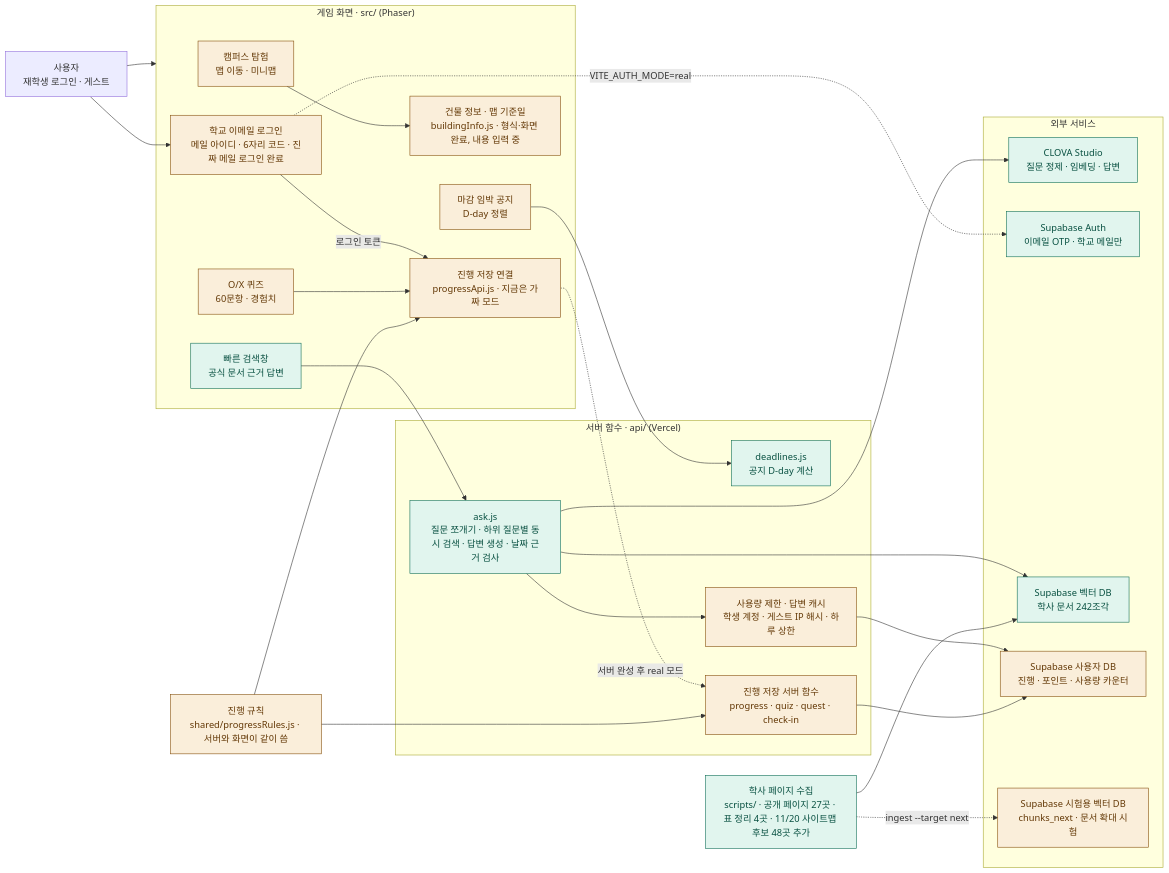
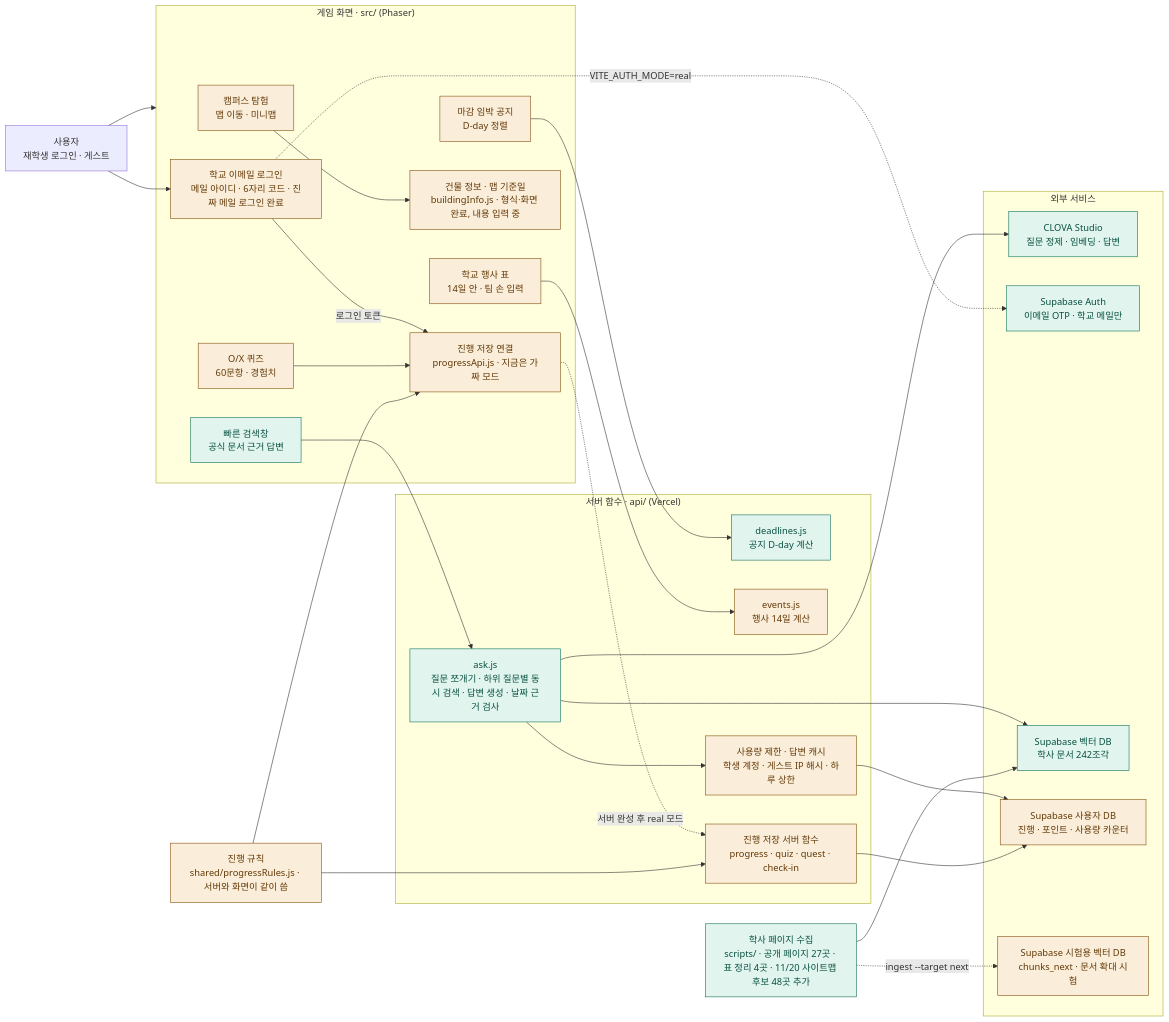
One commit to 202502859-source/hufs-quest changed the diagram in docs/ARCHITECTURE.md. Above: the diagram before and after it, drawn with Mermaid. The commit also changed other lines of this file and 22 other files, not shown here.

````diff
--- a/docs/ARCHITECTURE.md
+++ b/docs/ARCHITECTURE.md
@@ -8,59 +8,62 @@
 ```mermaid
 flowchart LR
     user["사용자<br/>재학생 로그인 · 게스트"]
 
     subgraph game["게임 화면 · src/ (Phaser)"]
         explore["캠퍼스 탐험<br/>맵 이동 · 미니맵"]
         search["빠른 검색창<br/>공식 문서 근거 답변"]
         quiz["O/X 퀴즈<br/>60문항 · 경험치"]
         notice["마감 임박 공지<br/>D-day 정렬"]
+        events["학교 행사 표<br/>14일 안 · 팀 손 입력"]
         mapInfo["건물 정보 · 맵 기준일<br/>buildingInfo.js · 형식·화면 완료, 내용 입력 중"]
         progress["진행 저장 연결<br/>progressApi.js · 지금은 가짜 모드"]
         login["학교 이메일 로그인<br/>메일 아이디 · 6자리 코드 · 진짜 메일 로그인 완료"]
     end
 
     rules["진행 규칙<br/>shared/progressRules.js · 서버와 화면이 같이 씀"]
 
     subgraph server["서버 함수 · api/ (Vercel)"]
         ask["ask.js<br/>질문 쪼개기 · 하위 질문별 동시 검색 · 답변 생성 · 날짜 근거 검사"]
         deadlines["deadlines.js<br/>공지 D-day 계산"]
+        eventsApi["events.js<br/>행사 14일 계산"]
         newApi["진행 저장 서버 함수<br/>progress · quiz · quest · check-in"]
         limiter["사용량 제한 · 답변 캐시<br/>학생 계정 · 게스트 IP 해시 · 하루 상한"]
     end
 
     subgraph external["외부 서비스"]
         clova["CLOVA Studio<br/>질문 정제 · 임베딩 · 답변"]
         supaAuth["Supabase Auth<br/>이메일 OTP · 학교 메일만"]
         vector["Supabase 벡터 DB<br/>학사 문서 242조각"]
         userDb["Supabase 사용자 DB<br/>진행 · 포인트 · 사용량 카운터"]
         vectorNext["Supabase 시험용 벡터 DB<br/>chunks_next · 문서 확대 시험"]
     end
 
     collect["학사 페이지 수집<br/>scripts/ · 공개 페이지 27곳 · 표 정리 4곳 · 11/20 사이트맵 후보 48곳 추가"]
 
     user --> game
     user --> login
     login -.->|"VITE_AUTH_MODE=real"| supaAuth
     login -->|"로그인 토큰"| progress
     search --> ask
     notice --> deadlines
+    events --> eventsApi
     quiz --> progress
     progress -.->|"서버 완성 후 real 모드"| newApi
     rules --> progress
     rules --> newApi
     explore --> mapInfo
     ask --> limiter
     limiter --> userDb
     ask --> clova
     ask --> vector
     newApi --> userDb
     collect --> vector
     collect -.->|"ingest --target next"| vectorNext
 
     classDef done fill:#E1F5EE,stroke:#0F6E56,color:#085041
     classDef partial fill:#FAEEDA,stroke:#854F0B,color:#633806
     classDef todo fill:#FAECE7,stroke:#993C1D,color:#712B13,stroke-dasharray:5 3
 
     class search,ask,deadlines,clova,vector,collect,supaAuth done
-    class explore,quiz,notice,progress,rules,userDb,login,limiter,mapInfo,newApi,vectorNext partial
+    class explore,quiz,notice,progress,rules,userDb,login,limiter,mapInfo,newApi,vectorNext,events,eventsApi partial
 ```
````
